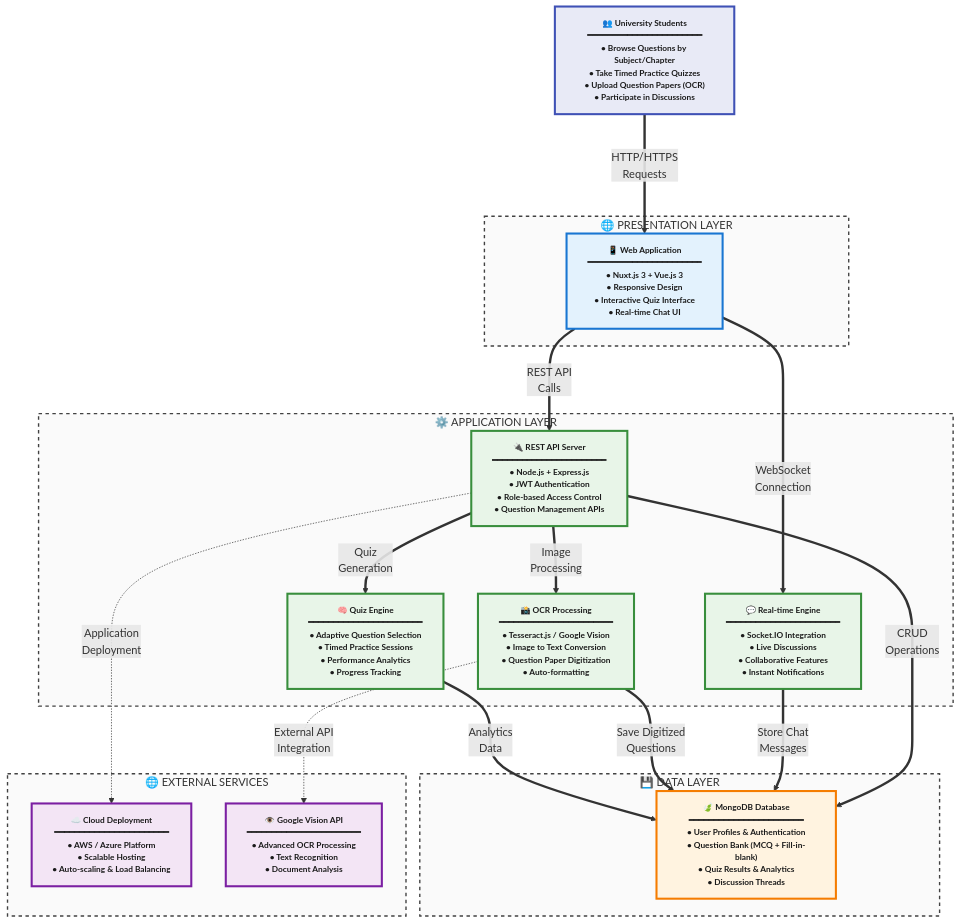
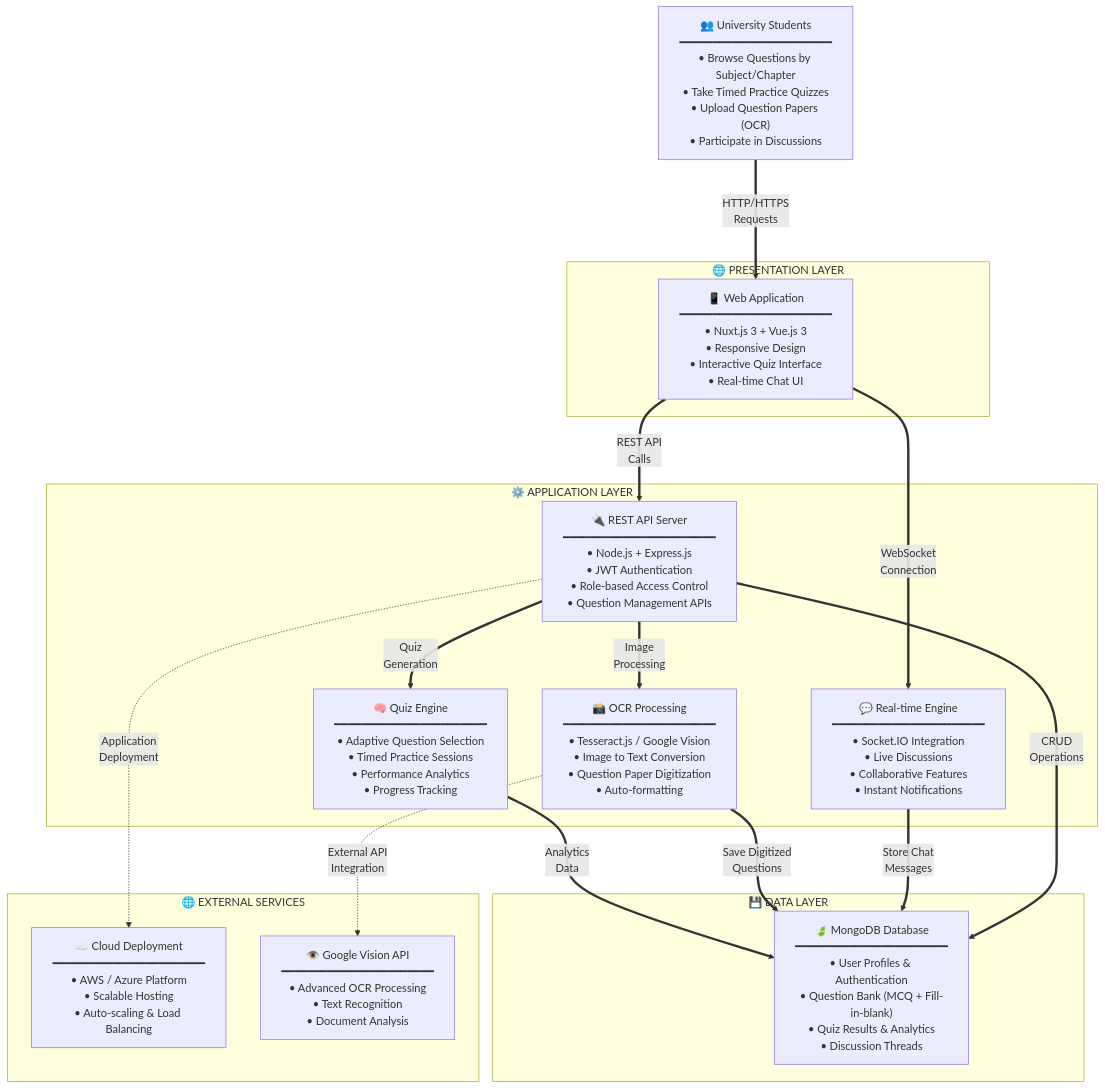
One commit to shuv-amp/TestLoom changed the first of 2 diagrams in docs/architecture.md. Above: the diagram before and after it, drawn with Mermaid.

Commit message:
docs: remove color from mermaid diagram for consistency

````diff
--- a/docs/architecture.md
+++ b/docs/architecture.md
@@ -7,63 +7,56 @@
 ```mermaid
 graph TB
-    %% Enhanced styling with consistent colors, borders, and typography
-    classDef userLayer fill:#e8eaf6,stroke:#3f51b5,stroke-width:3px,color:#1a1a1a,font-weight:bold,font-size:12px
-    classDef frontend fill:#e3f2fd,stroke:#1976d2,stroke-width:3px,color:#1a1a1a,font-weight:bold,font-size:12px
-    classDef backend fill:#e8f5e8,stroke:#388e3c,stroke-width:3px,color:#1a1a1a,font-weight:bold,font-size:12px
-    classDef database fill:#fff3e0,stroke:#f57c00,stroke-width:3px,color:#1a1a1a,font-weight:bold,font-size:12px
-    classDef external fill:#f3e5f5,stroke:#7b1fa2,stroke-width:3px,color:#1a1a1a,font-weight:bold,font-size:12px
-    classDef subgraphStyle fill:#fafafa,stroke:#424242,stroke-width:2px,stroke-dasharray:5 5
-    
+
     %% User Layer
     USERS["👥 University Students<br/>━━━━━━━━━━━━━━━━━━━━━━━<br/>• Browse Questions by Subject/Chapter<br/>• Take Timed Practice Quizzes<br/>• Upload Question Papers (OCR)<br/>• Participate in Discussions"]
     
     %% Frontend Layer
     subgraph FRONTEND [" 🌐 PRESENTATION LAYER "]
         WEB["📱 Web Application<br/>━━━━━━━━━━━━━━━━━━━━━━━<br/>• Nuxt.js 3 + Vue.js 3<br/>• Responsive Design<br/>• Interactive Quiz Interface<br/>• Real-time Chat UI"]
     end
     
     %% Backend Layer
     subgraph BACKEND [" ⚙️ APPLICATION LAYER "]
         API["🔌 REST API Server<br/>━━━━━━━━━━━━━━━━━━━━━━━<br/>• Node.js + Express.js<br/>• JWT Authentication<br/>• Role-based Access Control<br/>• Question Management APIs"]
         
         REALTIME["💬 Real-time Engine<br/>━━━━━━━━━━━━━━━━━━━━━━━<br/>• Socket.IO Integration<br/>• Live Discussions<br/>• Collaborative Features<br/>• Instant Notifications"]
         
         OCR["📸 OCR Processing<br/>━━━━━━━━━━━━━━━━━━━━━━━<br/>• Tesseract.js / Google Vision<br/>• Image to Text Conversion<br/>• Question Paper Digitization<br/>• Auto-formatting"]
         
         QUIZ["🧠 Quiz Engine<br/>━━━━━━━━━━━━━━━━━━━━━━━<br/>• Adaptive Question Selection<br/>• Timed Practice Sessions<br/>• Performance Analytics<br/>• Progress Tracking"]
     end
     
     %% Database Layer
     subgraph DATABASE [" 💾 DATA LAYER "]
         MONGO["🍃 MongoDB Database<br/>━━━━━━━━━━━━━━━━━━━━━━━<br/>• User Profiles & Authentication<br/>• Question Bank (MCQ + Fill-in-blank)<br/>• Quiz Results & Analytics<br/>• Discussion Threads"]
     end
     
     %% External Services
     subgraph EXTERNAL [" 🌐 EXTERNAL SERVICES "]
         CLOUD["☁️ Cloud Deployment<br/>━━━━━━━━━━━━━━━━━━━━━━━<br/>• AWS / Azure Platform<br/>• Scalable Hosting<br/>• Auto-scaling & Load Balancing"]
         VISION["👁️ Google Vision API<br/>━━━━━━━━━━━━━━━━━━━━━━━<br/>• Advanced OCR Processing<br/>• Text Recognition<br/>• Document Analysis"]
     end
     
     %% Enhanced Connections with consistent arrow styles and labels
     USERS ===>|"HTTP/HTTPS<br/>Requests"| WEB
     WEB ==>|"REST API<br/>Calls"| API
     WEB ==>|"WebSocket<br/>Connection"| REALTIME
     API ==>|"Image<br/>Processing"| OCR
     API ==>|"Quiz<br/>Generation"| QUIZ
     API ==>|"CRUD<br/>Operations"| MONGO
     REALTIME ==>|"Store Chat<br/>Messages"| MONGO
     OCR ==>|"Save Digitized<br/>Questions"| MONGO
     OCR -.->|"External API<br/>Integration"| VISION
     QUIZ ==>|"Analytics<br/>Data"| MONGO
     API -.->|"Application<br/>Deployment"| CLOUD
     
     %% Apply consistent styles to all components
     class USERS userLayer
     class WEB frontend
     class API,REALTIME,OCR,QUIZ backend
     class MONGO database
     class CLOUD,VISION external
     
     %% Enhanced subgraph styling
     class FRONTEND,BACKEND,DATABASE,EXTERNAL subgraphStyle
 ```
````
